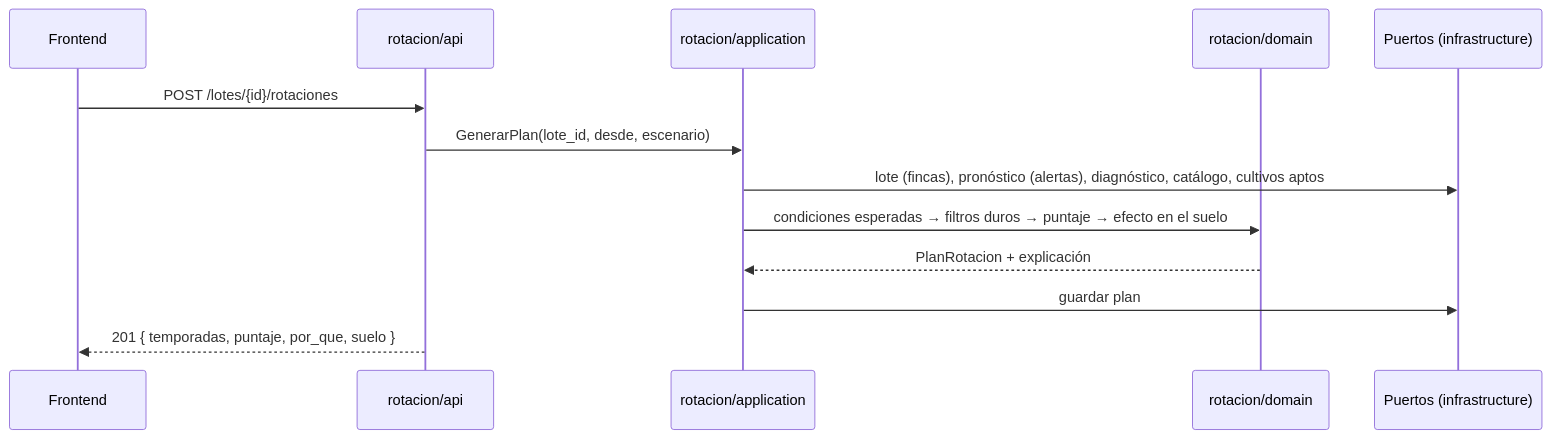
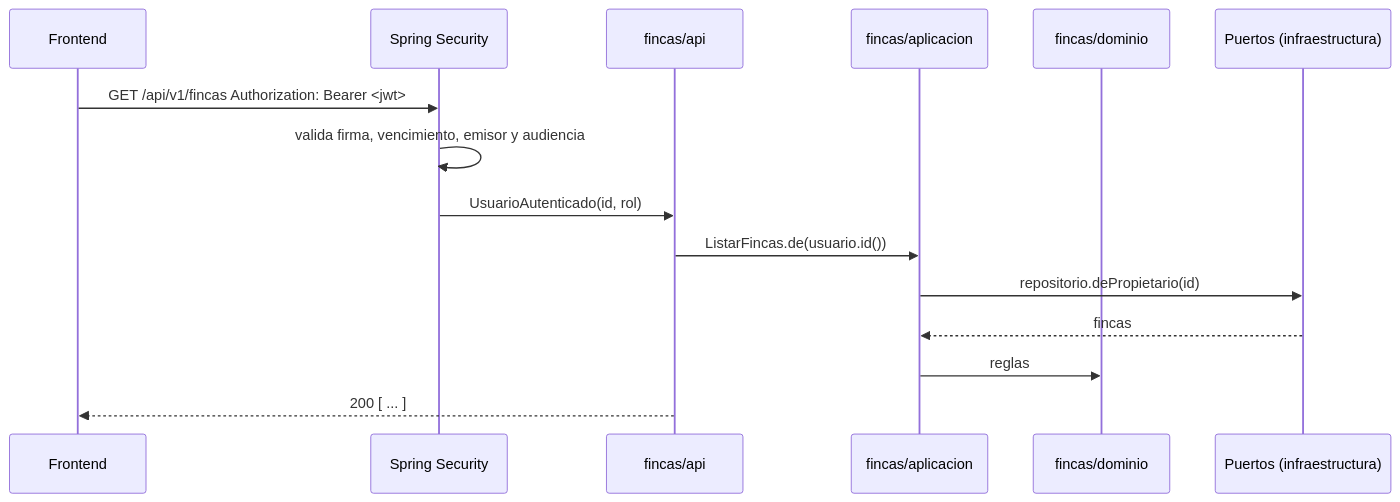
Before and after one commit to EdwinSteve/FielPilotNasaSpaceAPP: the diagram in docs/arquitectura.md, drawn with Mermaid. The commit also changed other lines of this file and 291 other files, not shown here.

First line of the commit message:
feat(identidad): autenticación JWT en Spring Boot y registro/ingreso sin mocks

````diff
--- a/docs/arquitectura.md
+++ b/docs/arquitectura.md
@@ -42,15 +40,17 @@
 ```mermaid
 sequenceDiagram
     participant UI as Frontend
-    participant R as rotacion/api
-    participant C as rotacion/application
-    participant D as rotacion/domain
-    participant P as Puertos (infrastructure)
-    UI->>R: POST /lotes/{id}/rotaciones
-    R->>C: GenerarPlan(lote_id, desde, escenario)
-    C->>P: lote (fincas), pronóstico (alertas), diagnóstico, catálogo, cultivos aptos
-    C->>D: condiciones esperadas → filtros duros → puntaje → efecto en el suelo
-    D-->>C: PlanRotacion + explicación
-    C->>P: guardar plan
-    R-->>UI: 201 { temporadas, puntaje, por_que, suelo }
+    participant SEC as Spring Security
+    participant R as fincas/api
+    participant C as fincas/aplicacion
+    participant D as fincas/dominio
+    participant P as Puertos (infraestructura)
+    UI->>SEC: GET /api/v1/fincas  Authorization: Bearer <jwt>
+    SEC->>SEC: valida firma, vencimiento, emisor y audiencia
+    SEC->>R: UsuarioAutenticado(id, rol)
+    R->>C: ListarFincas.de(usuario.id())
+    C->>P: repositorio.dePropietario(id)
+    P-->>C: fincas
+    C->>D: reglas
+    R-->>UI: 200 [ ... ]
 ```
````
